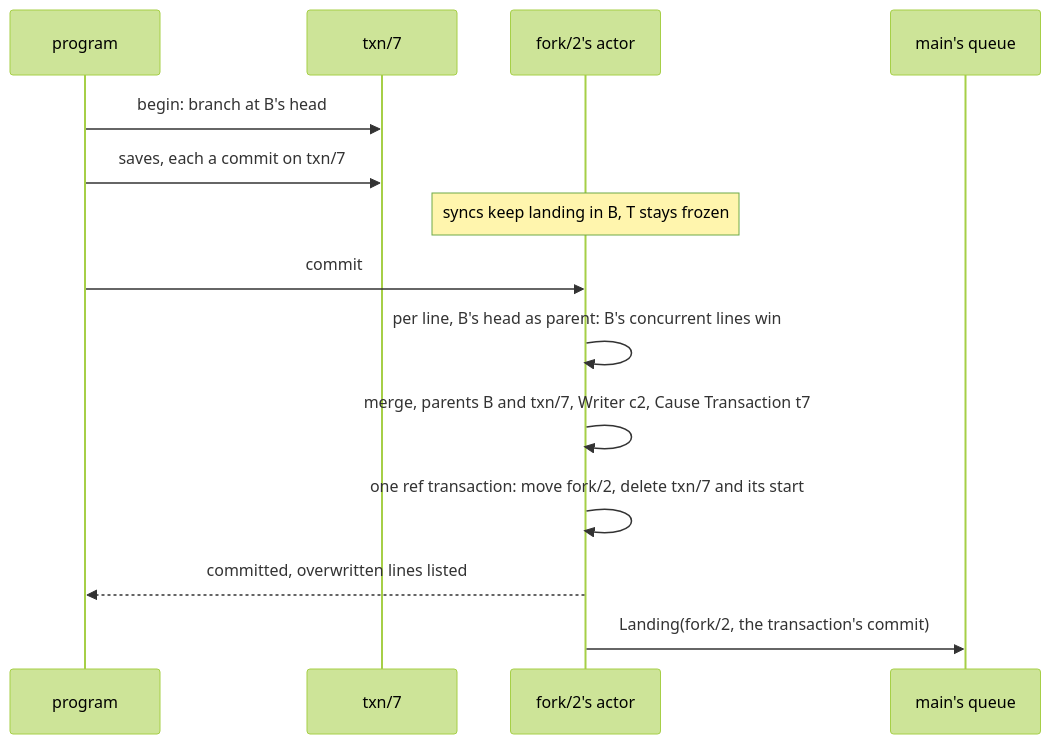
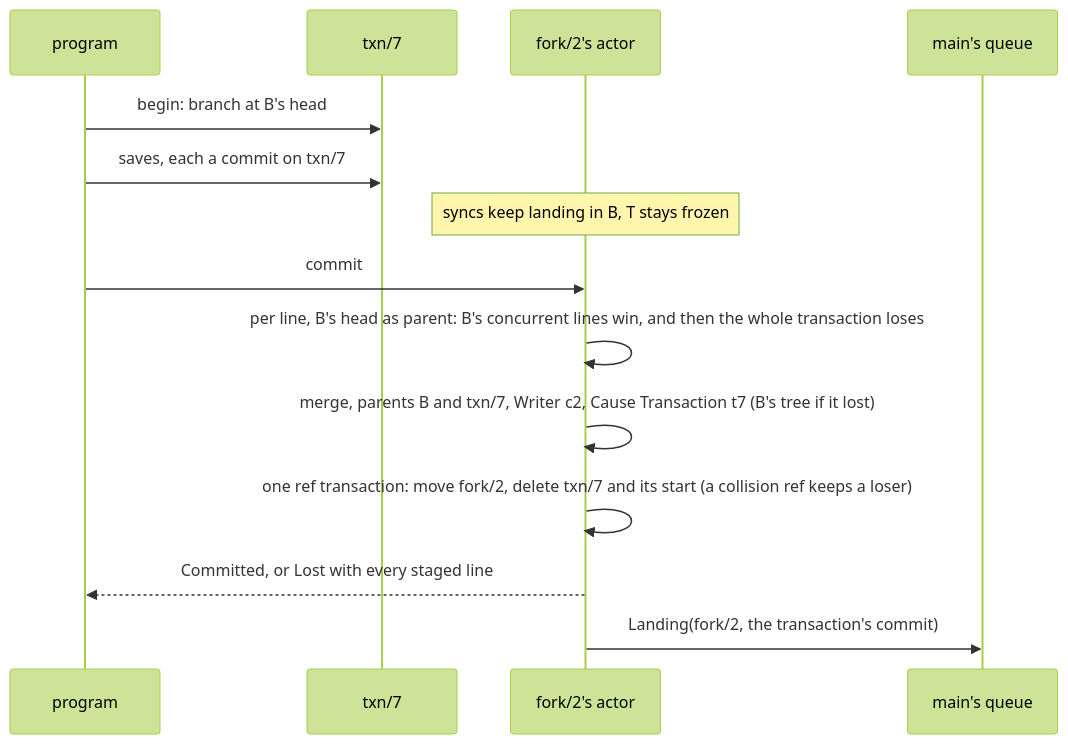
One commit to mcurcio/agentfs changed the sixth of 8 diagrams in docs/target-architecture/git-model.md. Above: the diagram before and after it, drawn with Mermaid (forest theme). The commit also changed other lines of this file and 8 other files, not shown here.

````diff
--- a/docs/target-architecture/git-model.md
+++ b/docs/target-architecture/git-model.md
@@ -393,16 +422,16 @@
 ```mermaid
 sequenceDiagram
   participant P as program
   participant T as txn/7
   participant B as fork/2's actor
   participant QM as main's queue
   P->>T: begin: branch at B's head
   P->>T: saves, each a commit on txn/7
   Note over B: syncs keep landing in B, T stays frozen
   P->>B: commit
-  B->>B: per line, B's head as parent: B's concurrent lines win
-  B->>B: merge, parents B and txn/7, Writer c2, Cause Transaction t7
-  B->>B: one ref transaction: move fork/2, delete txn/7 and its start
-  B-->>P: committed, overwritten lines listed
+  B->>B: per line, B's head as parent: B's concurrent lines win, and then the whole transaction loses
+  B->>B: merge, parents B and txn/7, Writer c2, Cause Transaction t7 (B's tree if it lost)
+  B->>B: one ref transaction: move fork/2, delete txn/7 and its start (a collision ref keeps a loser)
+  B-->>P: Committed, or Lost with every staged line
   B->>QM: Landing(fork/2, the transaction's commit)
 ```
````
